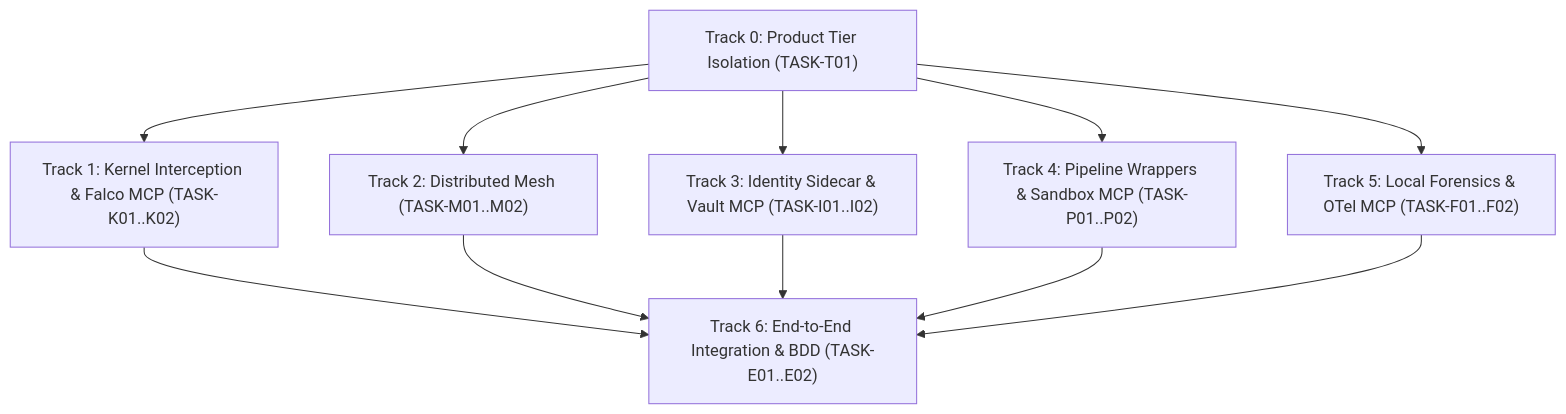
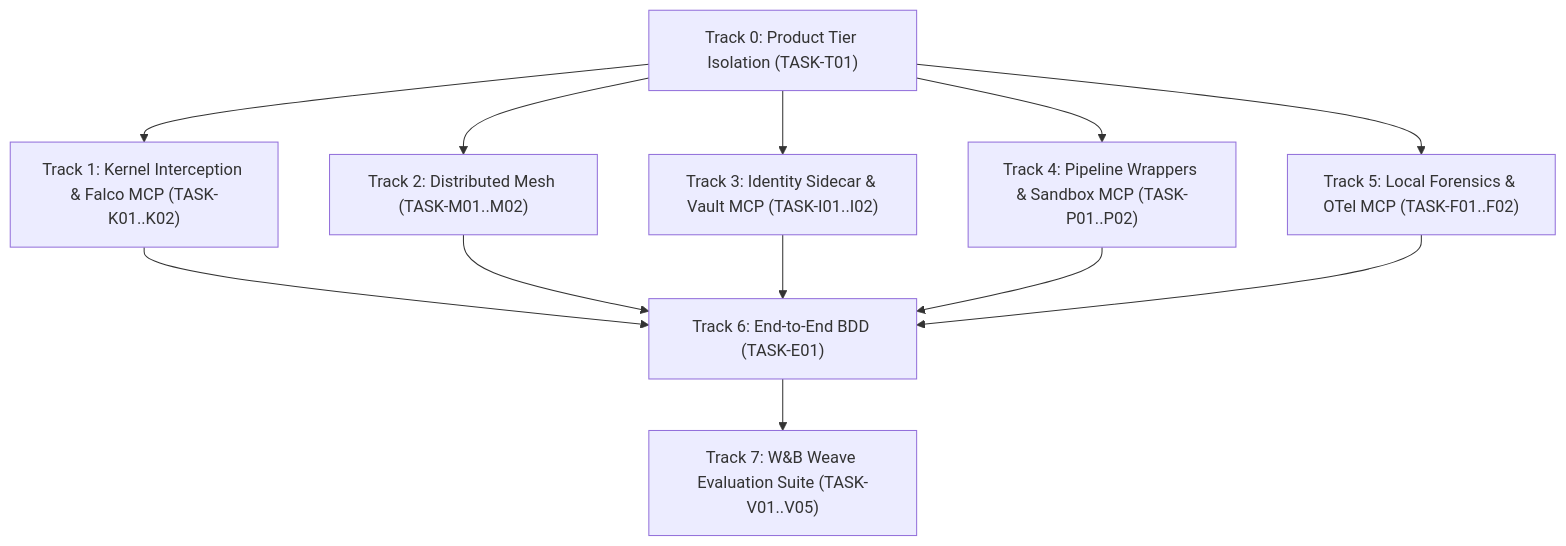
Before and after one commit to JAaron93/Blackwall: the diagram in .kiro/specs/blackwall-enterprise-security-mesh/tasks.md, drawn with Mermaid. The commit also changed other lines of this file and 1 other file, not shown here.

Commit message:
test(evals): add W&B Weave evaluation suite for enterprise tracks 1 through 5

````diff
--- a/.kiro/specs/blackwall-enterprise-security-mesh/tasks.md
+++ b/.kiro/specs/blackwall-enterprise-security-mesh/tasks.md
@@ -9,22 +9,25 @@
 ```mermaid
 graph TD
     Track0["Track 0: Product Tier Isolation (TASK-T01)"]
     Track1["Track 1: Kernel Interception & Falco MCP (TASK-K01..K02)"]
     Track2["Track 2: Distributed Mesh (TASK-M01..M02)"]
     Track3["Track 3: Identity Sidecar & Vault MCP (TASK-I01..I02)"]
     Track4["Track 4: Pipeline Wrappers & Sandbox MCP (TASK-P01..P02)"]
     Track5["Track 5: Local Forensics & OTel MCP (TASK-F01..F02)"]
-    Track6["Track 6: End-to-End Integration & BDD (TASK-E01..E02)"]
+    Track6["Track 6: End-to-End BDD (TASK-E01)"]
+    Track7["Track 7: W&B Weave Evaluation Suite (TASK-V01..V05)"]
 
     Track0 --> Track1
     Track0 --> Track2
     Track0 --> Track3
     Track0 --> Track4
     Track0 --> Track5
     
     Track1 --> Track6
     Track2 --> Track6
     Track3 --> Track6
     Track4 --> Track6
     Track5 --> Track6
+    
+    Track6 --> Track7
 ```
````
